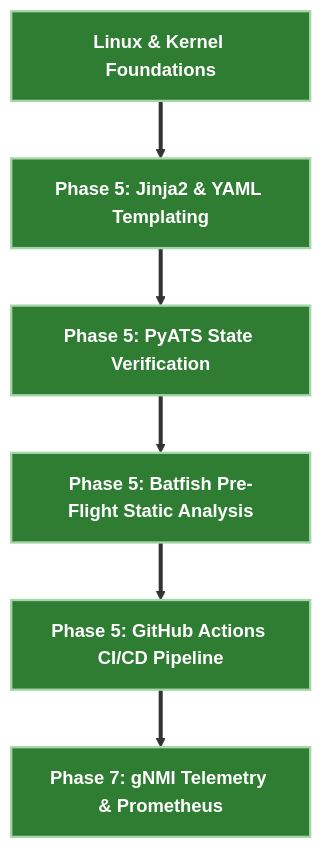
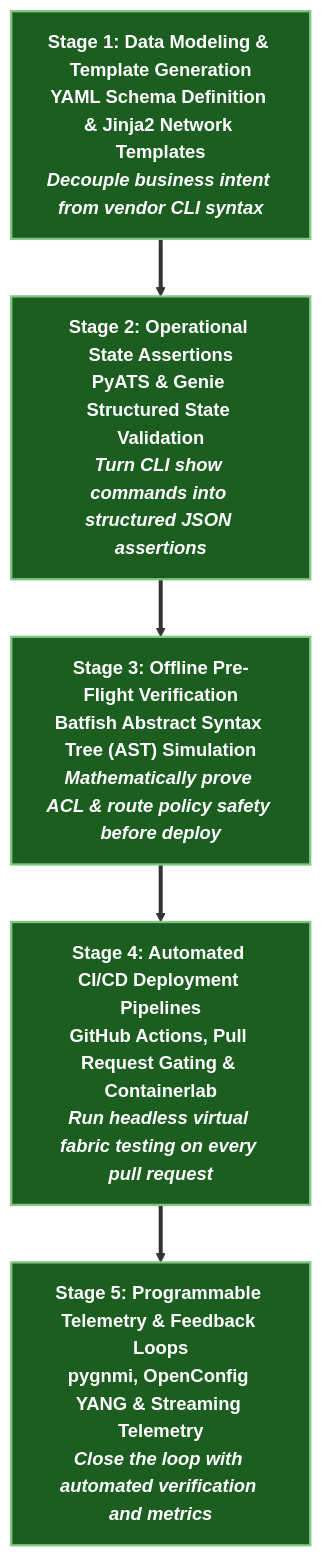
Before and after one commit to etherhtun/netforge-labs: the diagram in docs/tracks/netdevops-engineer.md, drawn with Mermaid. The commit also changed other lines of this file and 60 other files, not shown here.

````diff
--- a/docs/tracks/netdevops-engineer.md
+++ b/docs/tracks/netdevops-engineer.md
@@ -27,11 +33,13 @@
 ```mermaid
 graph TD
-    F["Linux & Kernel Foundations"] ==> N1["Phase 5: Jinja2 & YAML Templating"]
-    N1 ==> N2["Phase 5: PyATS State Verification"]
-    N2 ==> N3["Phase 5: Batfish Pre-Flight Static Analysis"]
-    N3 ==> N4["Phase 5: GitHub Actions CI/CD Pipeline"]
-    N4 ==> N5["Phase 7: gNMI Telemetry & Prometheus"]
+    S1["<b>Stage 1: Data Modeling & Template Generation</b><br/>YAML Schema Definition & Jinja2 Network Templates<br/><i>Decouple business intent from vendor CLI syntax</i>"]
+    S2["<b>Stage 2: Operational State Assertions</b><br/>PyATS & Genie Structured State Validation<br/><i>Turn CLI show commands into structured JSON assertions</i>"]
+    S3["<b>Stage 3: Offline Pre-Flight Verification</b><br/>Batfish Abstract Syntax Tree (AST) Simulation<br/><i>Mathematically prove ACL & route policy safety before deploy</i>"]
+    S4["<b>Stage 4: Automated CI/CD Deployment Pipelines</b><br/>GitHub Actions, Pull Request Gating & Containerlab<br/><i>Run headless virtual fabric testing on every pull request</i>"]
+    S5["<b>Stage 5: Programmable Telemetry & Feedback Loops</b><br/>pygnmi, OpenConfig YANG & Streaming Telemetry<br/><i>Close the loop with automated verification and metrics</i>"]
 
-    classDef dev fill:#2e7d32,stroke:#a5d6a7,color:#ffffff,stroke-width:2px,font-weight:bold;
-    class F,N1,N2,N3,N4,N5 dev;
+    S1 ==> S2 ==> S3 ==> S4 ==> S5
+
+    classDef dev fill:#1b5e20,stroke:#81c784,color:#ffffff,stroke-width:2px,font-weight:bold;
+    class S1,S2,S3,S4,S5 dev;
 ```
````
